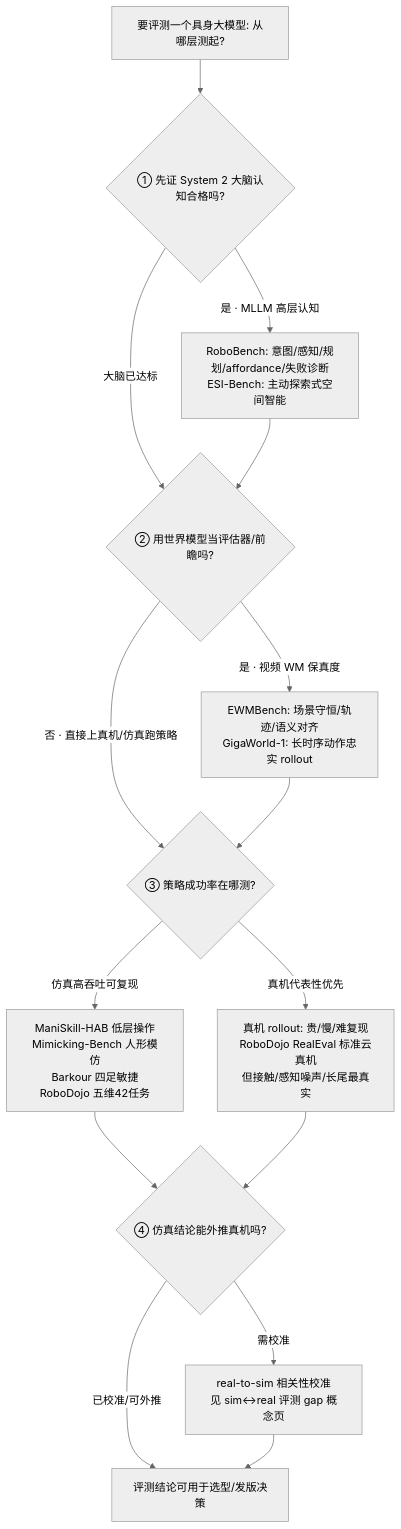
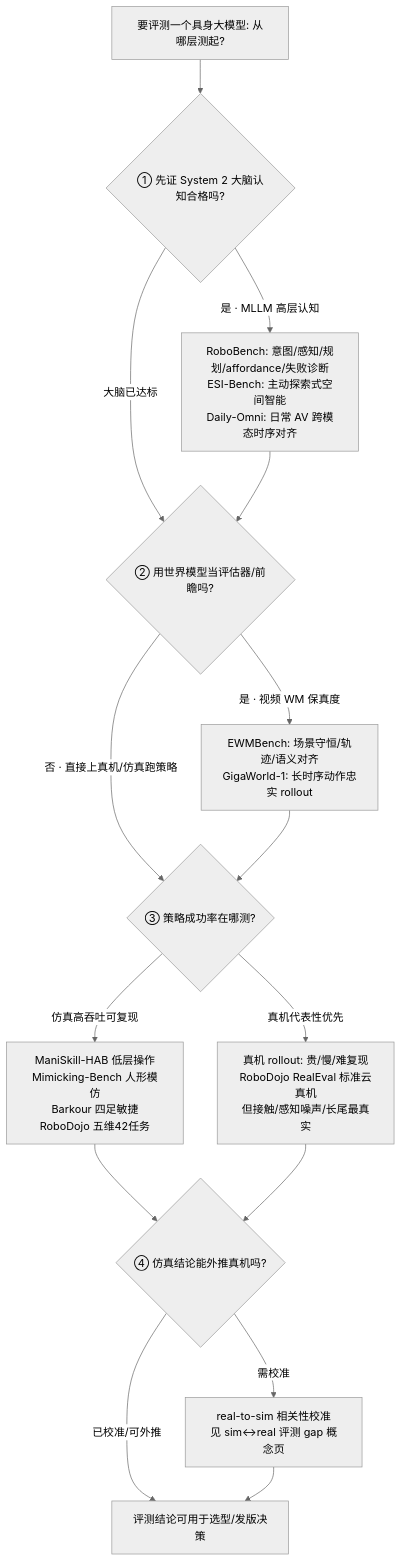
One commit to ImChong/Robotics_Notebooks changed the diagram in wiki/queries/embodied-eval-benchmark-selection-loop.md. Above: the diagram before and after it, drawn with Mermaid (neutral theme). The commit also changed other lines of this file and 19 other files, not shown here.

Commit message:
[2026-07-30] ingest | sources/repos/daily-omni.md — Daily-Omni 音视频时序对齐基准入库并升格实体页

````diff
--- a/wiki/queries/embodied-eval-benchmark-selection-loop.md
+++ b/wiki/queries/embodied-eval-benchmark-selection-loop.md
@@ -59,18 +61,18 @@
 ```mermaid
 flowchart TD
   start[要评测一个具身大模型: 从哪层测起?]
   start --> l1{① 先证 System 2 大脑认知合格吗?}
-  l1 -->|是 · MLLM 高层认知| brain[RoboBench: 意图/感知/规划/affordance/失败诊断<br/>ESI-Bench: 主动探索式空间智能]
+  l1 -->|是 · MLLM 高层认知| brain[RoboBench: 意图/感知/规划/affordance/失败诊断<br/>ESI-Bench: 主动探索式空间智能<br/>Daily-Omni: 日常 AV 跨模态时序对齐]
   l1 -->|大脑已达标| l2
   brain --> l2{② 用世界模型当评估器/前瞻吗?}
   l2 -->|是 · 视频 WM 保真度| wm[EWMBench: 场景守恒/轨迹/语义对齐<br/>GigaWorld-1: 长时序动作忠实 rollout]
   l2 -->|否 · 直接上真机/仿真跑策略| l3
   wm --> l3{③ 策略成功率在哪测?}
   l3 -->|仿真高吞吐可复现| simeval[ManiSkill-HAB 低层操作<br/>Mimicking-Bench 人形模仿<br/>Barkour 四足敏捷<br/>RoboDojo 五维42任务]
   l3 -->|真机代表性优先| realeval[真机 rollout: 贵/慢/难复现<br/>RoboDojo RealEval 标准云真机<br/>但接触/感知噪声/长尾最真实]
   simeval --> l4{④ 仿真结论能外推真机吗?}
   realeval --> l4
   l4 -->|需校准| gap[real-to-sim 相关性校准<br/>见 sim↔real 评测 gap 概念页]
   l4 -->|已校准/可外推| ship[评测结论可用于选型/发版决策]
   gap --> ship
 ```
````
